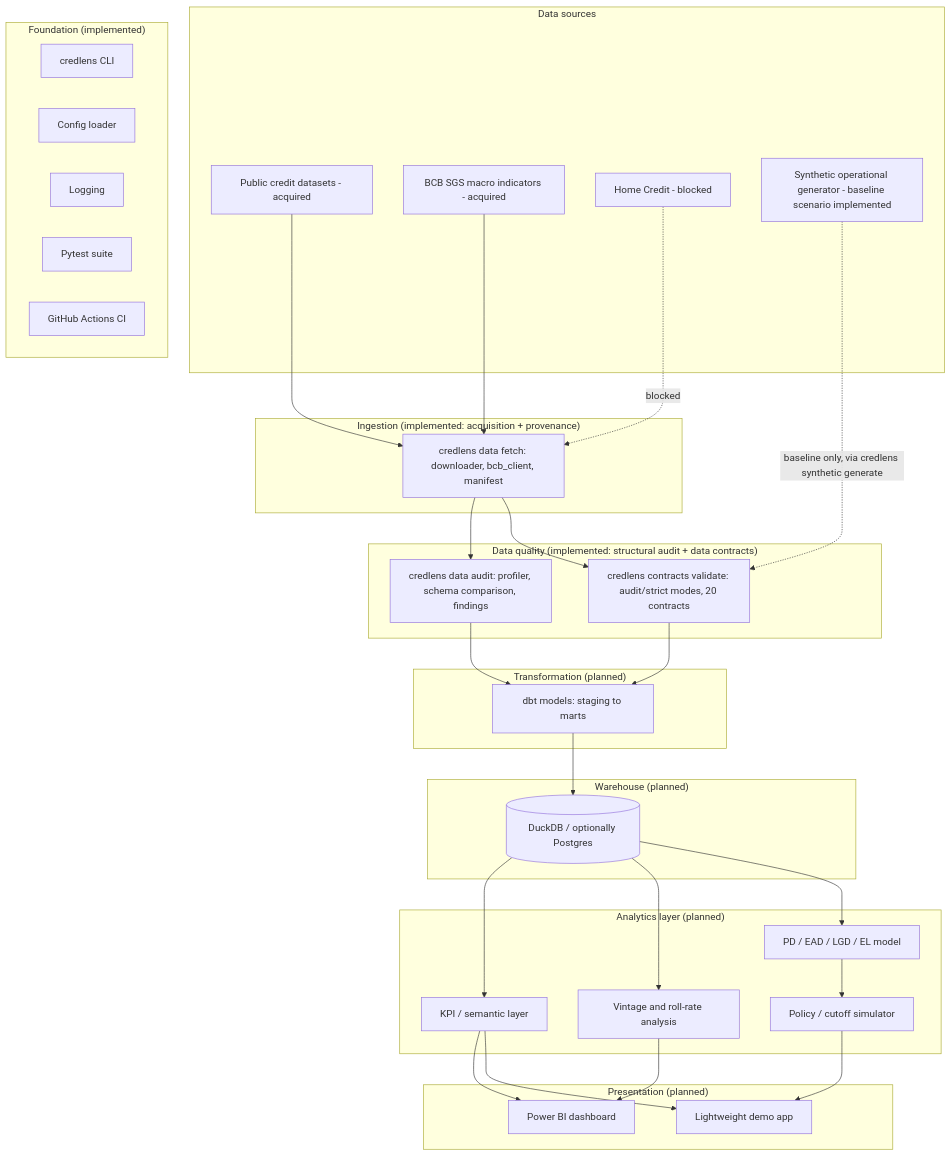
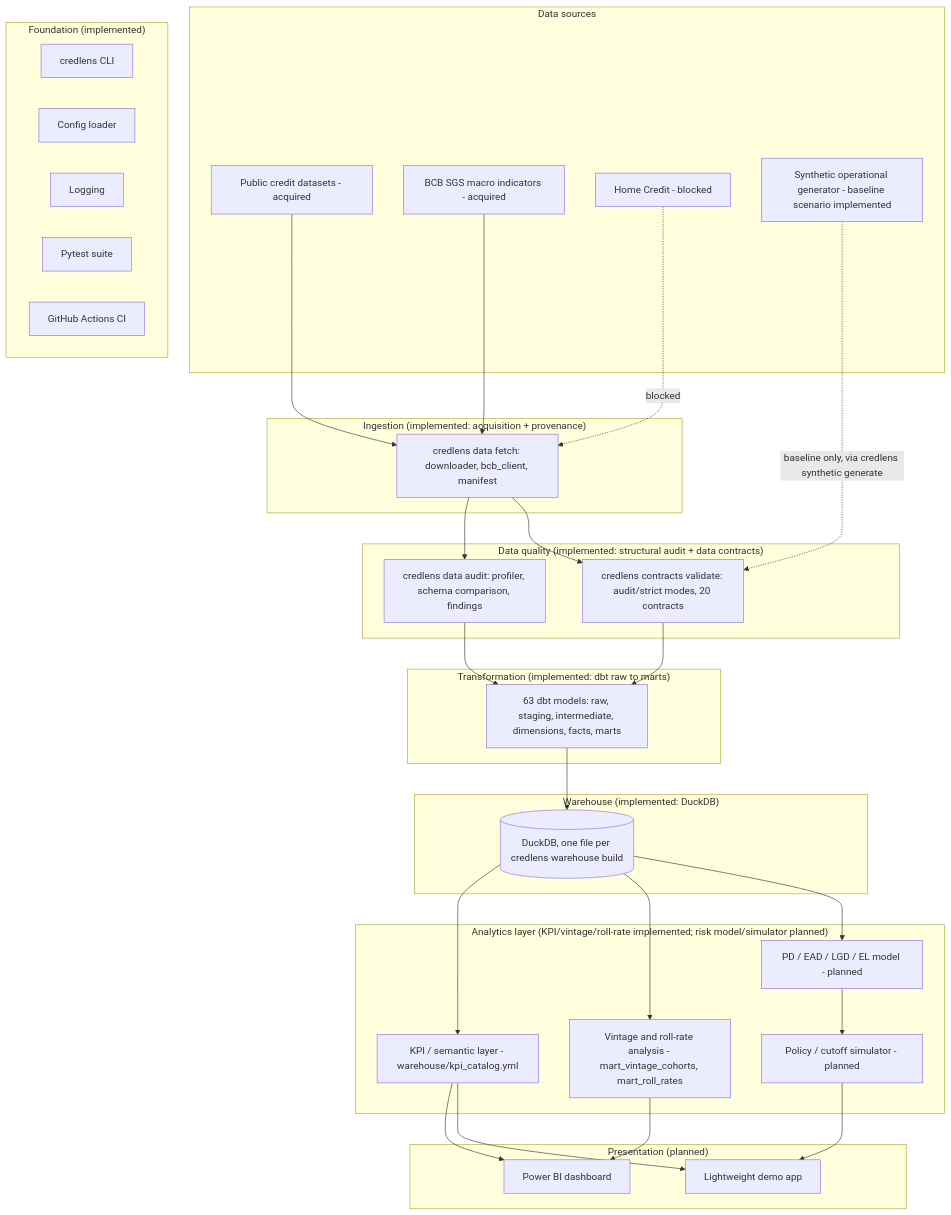
One commit to FilipePessoa30/CredLens changed the diagram in docs/architecture.md. Above: the diagram before and after it, drawn with Mermaid. The commit also changed other lines of this file and 129 other files, not shown here.

First line of the commit message:
Add raw and staging models for various data sources

````diff
--- a/docs/architecture.md
+++ b/docs/architecture.md
@@ -7,64 +7,64 @@
 ```mermaid
 flowchart TB
     subgraph Sources["Data sources"]
         PUB[Public credit datasets - acquired]
         MACRO[BCB SGS macro indicators - acquired]
         KAG[Home Credit - blocked]
         SYN[Synthetic operational generator - baseline scenario implemented]
     end
 
     subgraph Ingestion["Ingestion (implemented: acquisition + provenance)"]
         ING[credlens data fetch: downloader, bcb_client, manifest]
     end
 
     subgraph Quality["Data quality (implemented: structural audit + data contracts)"]
         DQ[credlens data audit: profiler, schema comparison, findings]
         CON[credlens contracts validate: audit/strict modes, 20 contracts]
     end
 
-    subgraph Transform["Transformation (planned)"]
-        DBT[dbt models: staging to marts]
+    subgraph Transform["Transformation (implemented: dbt raw to marts)"]
+        DBT[63 dbt models: raw, staging, intermediate, dimensions, facts, marts]
     end
 
-    subgraph Warehouse["Warehouse (planned)"]
-        DW[(DuckDB / optionally Postgres)]
+    subgraph Warehouse["Warehouse (implemented: DuckDB)"]
+        DW[(DuckDB, one file per credlens warehouse build)]
     end
 
-    subgraph Analytics["Analytics layer (planned)"]
-        KPI[KPI / semantic layer]
-        VIN[Vintage and roll-rate analysis]
-        RISK[PD / EAD / LGD / EL model]
-        SIM[Policy / cutoff simulator]
+    subgraph Analytics["Analytics layer (KPI/vintage/roll-rate implemented; risk model/simulator planned)"]
+        KPI[KPI / semantic layer - warehouse/kpi_catalog.yml]
+        VIN[Vintage and roll-rate analysis - mart_vintage_cohorts, mart_roll_rates]
+        RISK[PD / EAD / LGD / EL model - planned]
+        SIM[Policy / cutoff simulator - planned]
     end
 
     subgraph Presentation["Presentation (planned)"]
         BI[Power BI dashboard]
         APP[Lightweight demo app]
     end
 
     subgraph Foundation["Foundation (implemented)"]
         CLI[credlens CLI]
         CFG[Config loader]
         LOG[Logging]
         TEST[Pytest suite]
         CI[GitHub Actions CI]
     end
 
     PUB --> ING
     MACRO --> ING
     KAG -.blocked.-> ING
     SYN -.baseline only, via credlens synthetic generate.-> CON
     ING --> DQ
     ING --> CON
     DQ --> DBT
     CON --> DBT
     DBT --> DW
     DW --> KPI
     DW --> VIN
     DW --> RISK
     RISK --> SIM
     KPI --> BI
     VIN --> BI
     SIM --> APP
     KPI --> APP
 ```
````
